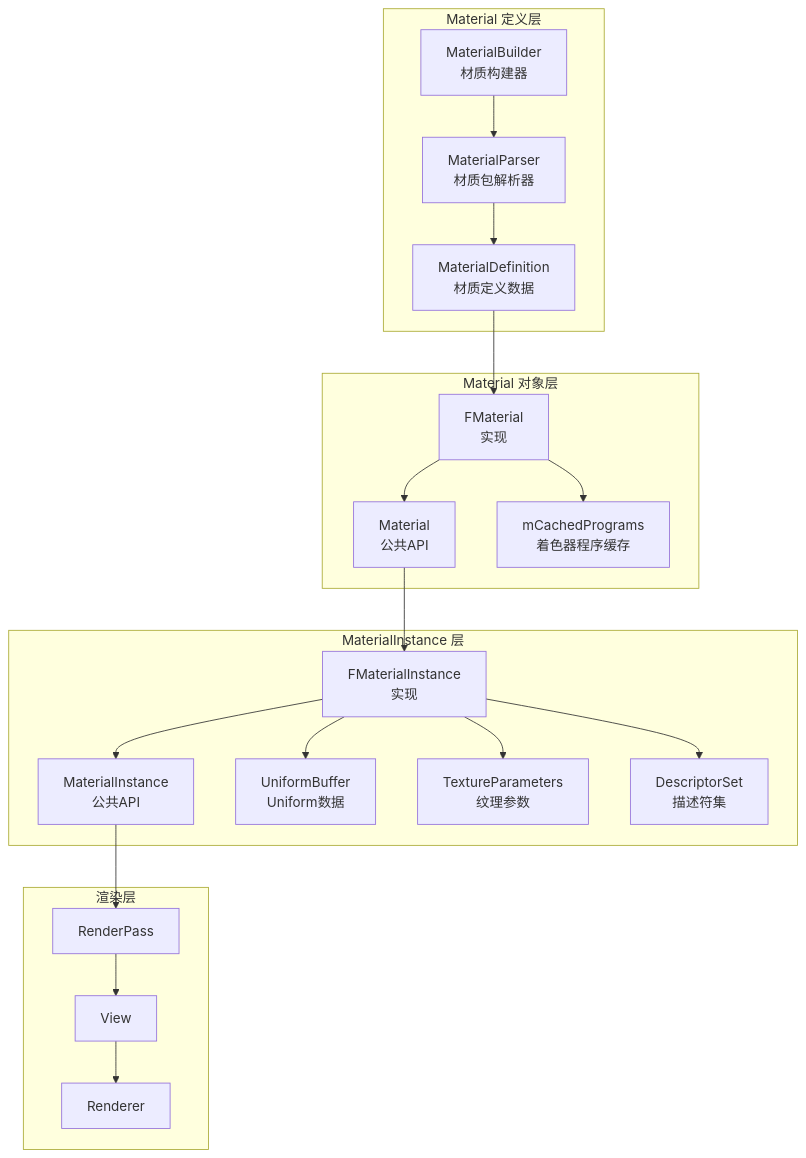
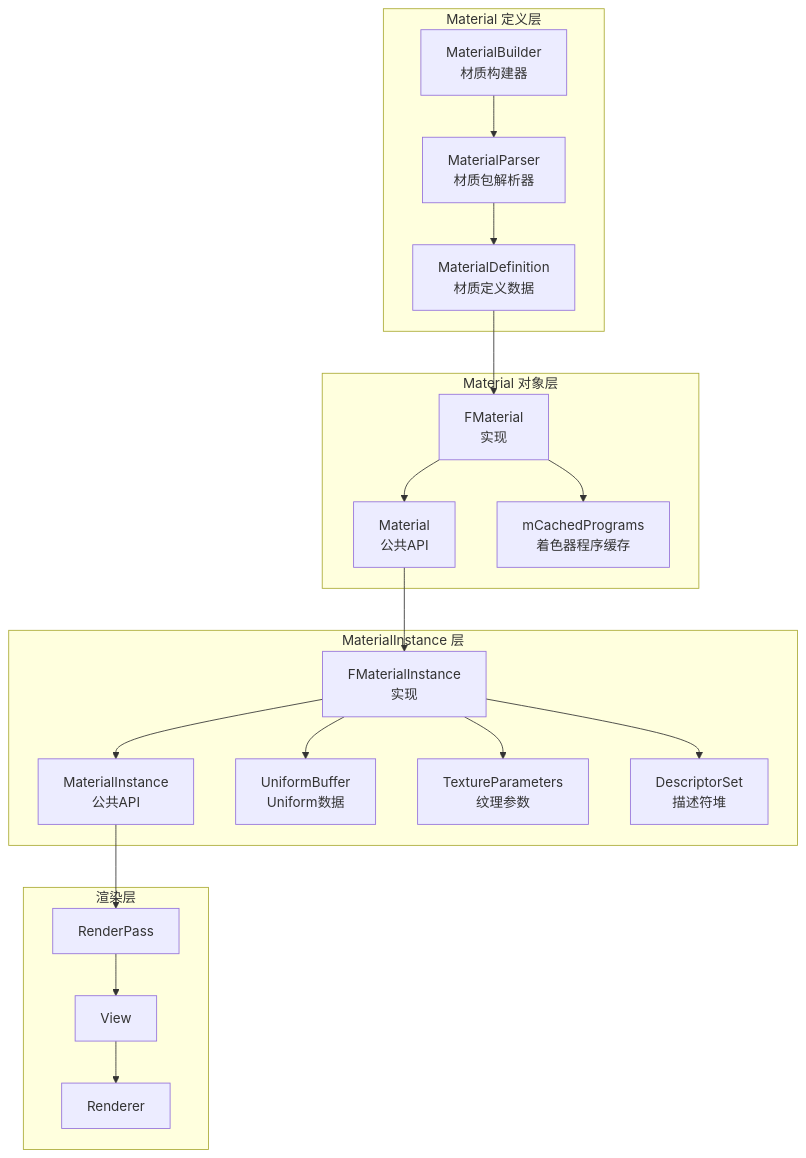
Before and after one commit to diandiandevelop/filament: the first of 6 diagrams in fenxi/Filament_Material系统架构完整分析.md, drawn with Mermaid. The commit also changed other lines of this file and 90 other files, not shown here.

````diff
--- a/fenxi/Filament_Material系统架构完整分析.md
+++ b/fenxi/Filament_Material系统架构完整分析.md
@@ -45,42 +45,42 @@
 ```mermaid
 graph TB
     subgraph "Material 定义层"
         MB[MaterialBuilder<br/>材质构建器]
         MP[MaterialParser<br/>材质包解析器]
         MD[MaterialDefinition<br/>材质定义数据]
     end
     
     subgraph "Material 对象层"
         M[Material<br/>公共API]
         FM[FMaterial<br/>实现]
         CP[mCachedPrograms<br/>着色器程序缓存]
     end
     
     subgraph "MaterialInstance 层"
         MI[MaterialInstance<br/>公共API]
         FMI[FMaterialInstance<br/>实现]
         UB[UniformBuffer<br/>Uniform数据]
         TP[TextureParameters<br/>纹理参数]
-        DS[DescriptorSet<br/>描述符集]
+        DS[DescriptorSet<br/>描述符堆]
     end
     
     subgraph "渲染层"
         R[Renderer]
         V[View]
         RP[RenderPass]
     end
     
     MB --> MP
     MP --> MD
     MD --> FM
     FM --> M
     FM --> CP
     M --> FMI
     FMI --> MI
     FMI --> UB
     FMI --> TP
     FMI --> DS
     MI --> RP
     RP --> V
     V --> R
 ```
````
